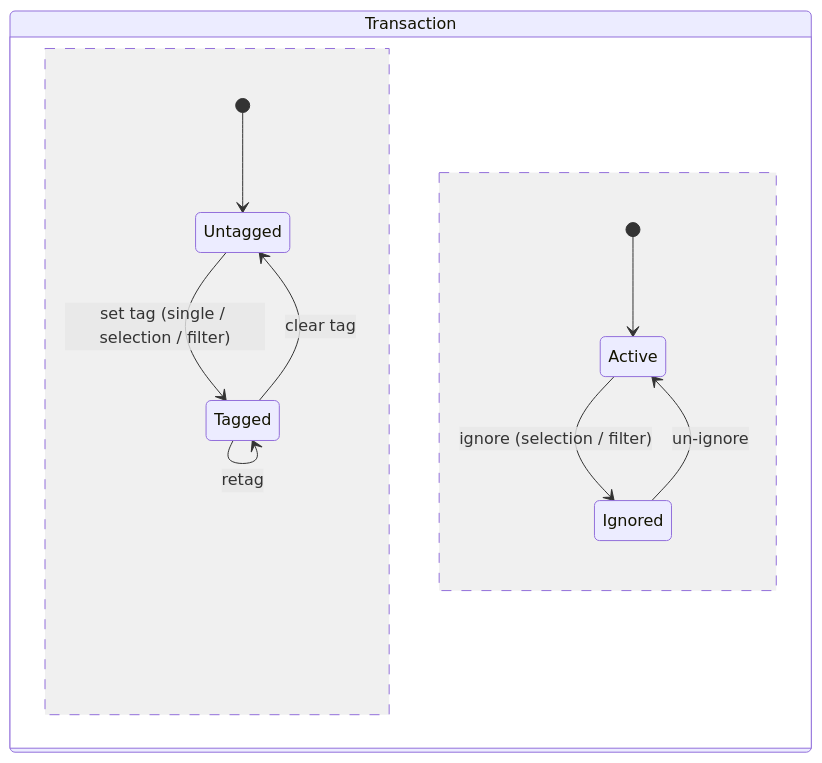
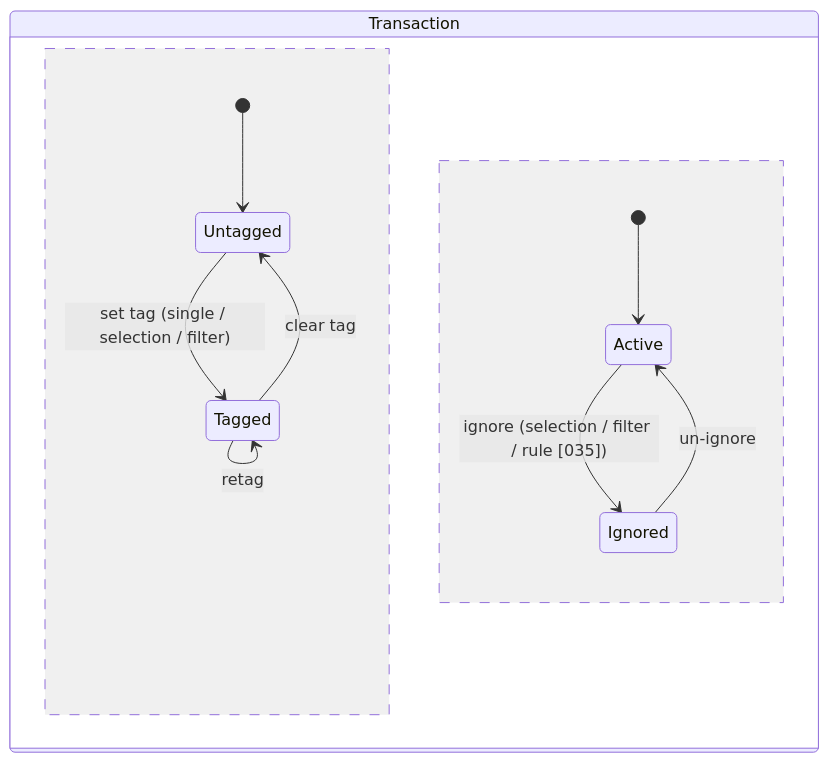
The third of 4 diagrams in apps/api/docs/features/[009]_CASHFLOW.md (lennardclaproth/ta11y), drawn with Mermaid before and after one commit. The commit also changed other lines of this file and 188 other files, not shown here.

````diff
--- a/apps/api/docs/features/[009]_CASHFLOW.md
+++ b/apps/api/docs/features/[009]_CASHFLOW.md
@@ -143,13 +147,13 @@
 ```mermaid
 stateDiagram-v2
     state Transaction {
         [*] --> Untagged
         Untagged --> Tagged : set tag (single / selection / filter)
         Tagged --> Tagged : retag
         Tagged --> Untagged : clear tag
         --
         [*] --> Active
-        Active --> Ignored : ignore (selection / filter)
+        Active --> Ignored : ignore (selection / filter / rule [035])
         Ignored --> Active : un-ignore
     }
 ```
````
